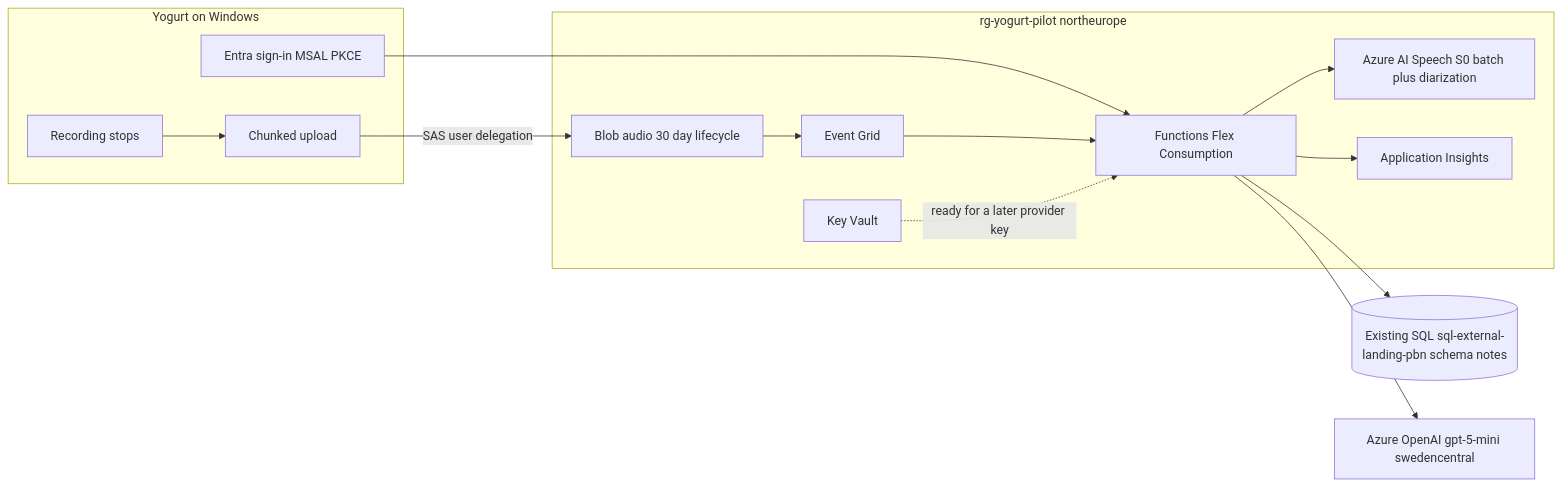
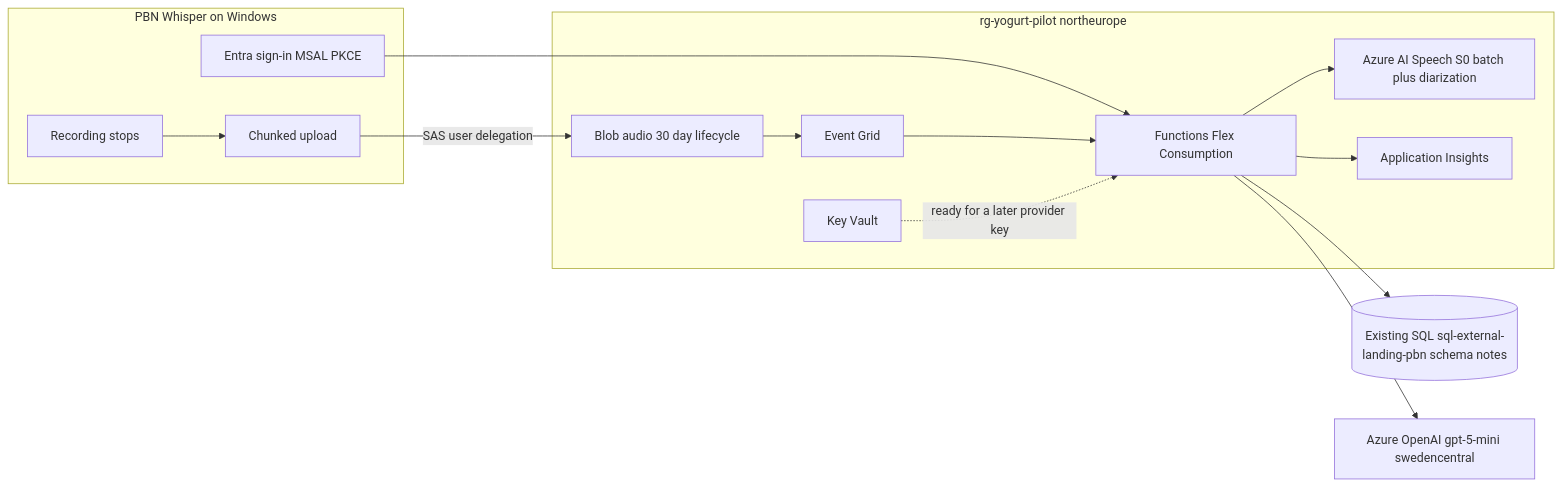
The diagram in docs/pilot-setup.md (syahdeini/yogurt), drawn with Mermaid before and after one commit. The commit also changed other lines of this file and 240 other files, not shown here.

First line of the commit message:
Rebrand the desktop app to PBN Whisper and require a pbn.org sign-in.

````diff
--- a/docs/pilot-setup.md
+++ b/docs/pilot-setup.md
@@ -20,27 +20,27 @@
 ```mermaid
 flowchart LR
-  subgraph desktop [Yogurt on Windows]
+  subgraph desktop [PBN Whisper on Windows]
     Rec[Recording stops]
     Auth[Entra sign-in MSAL PKCE]
     Up[Chunked upload]
   end
   subgraph neu [rg-yogurt-pilot northeurope]
     API[Functions Flex Consumption]
     Blob[Blob audio 30 day lifecycle]
     EG[Event Grid]
     Speech[Azure AI Speech S0 batch plus diarization]
     KV[Key Vault]
     AI[Application Insights]
   end
   SQL[(Existing SQL sql-external-landing-pbn schema notes)]
   OAI[Azure OpenAI gpt-5-mini swedencentral]
   Rec --> Up
   Auth --> API
   Up -->|SAS user delegation| Blob
   Blob --> EG --> API
   API --> Speech
   API --> SQL
   API --> OAI
   API --> AI
   KV -. ready for a later provider key .-> API
 ```
````
